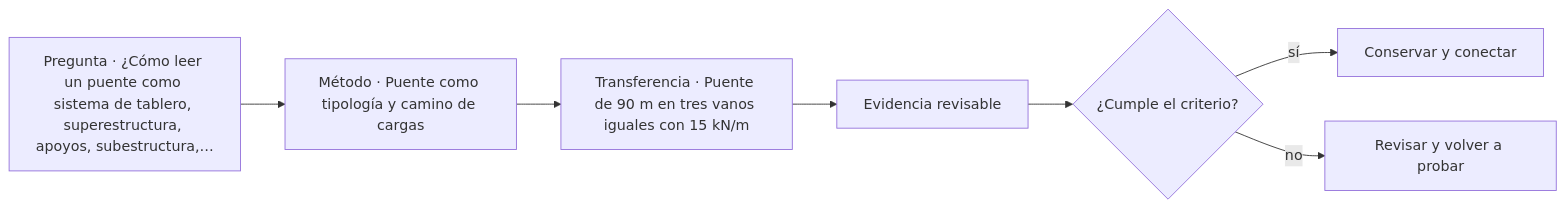
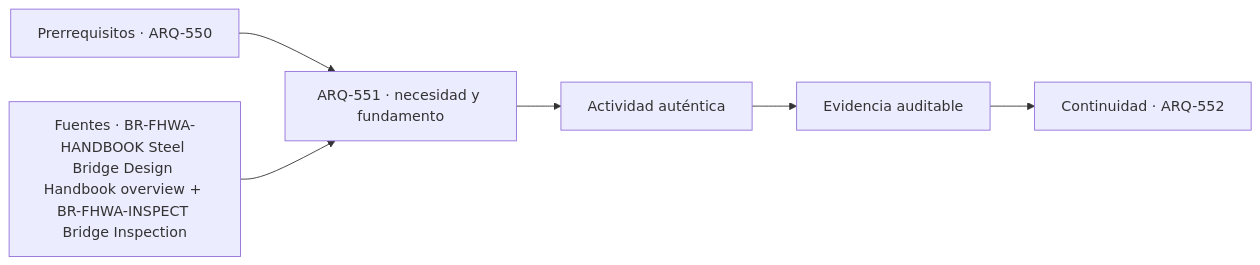
One commit to vladimiracunadev-create/architecture-built-environment-learning-program changed the diagram in classes/parte-56/ARQ-551.md. Above: the diagram before and after it, drawn with Mermaid. The commit also changed other lines of this file and 761 other files, not shown here.

````diff
--- a/classes/parte-56/ARQ-551.md
+++ b/classes/parte-56/ARQ-551.md
@@ -95,9 +107,8 @@
 ```mermaid
 flowchart LR
-    Q["Pregunta · ¿Cómo leer un puente como sistema de tablero, superestructura, apoyos, subestructura,…"] --> M["Método · Puente como tipología y camino de cargas"]
-    M --> P["Transferencia · Puente de 90 m en tres vanos iguales con 15 kN/m"]
-    P --> E["Evidencia revisable"]
-    E --> C{"¿Cumple el criterio?"}
-    C -->|sí| T["Conservar y conectar"]
-    C -->|no| R["Revisar y volver a probar"]
+    A["Prerrequisitos · ARQ-550"] --> B["ARQ-551 · necesidad y fundamento"]
+    S["Fuentes · BR-FHWA-HANDBOOK Steel Bridge Design Handbook overview + BR-FHWA-INSPECT Bridge Inspection"] --> B
+    B --> C["Actividad auténtica"]
+    C --> D["Evidencia auditable"]
+    D --> E["Continuidad · ARQ-552"]
 ```
````
